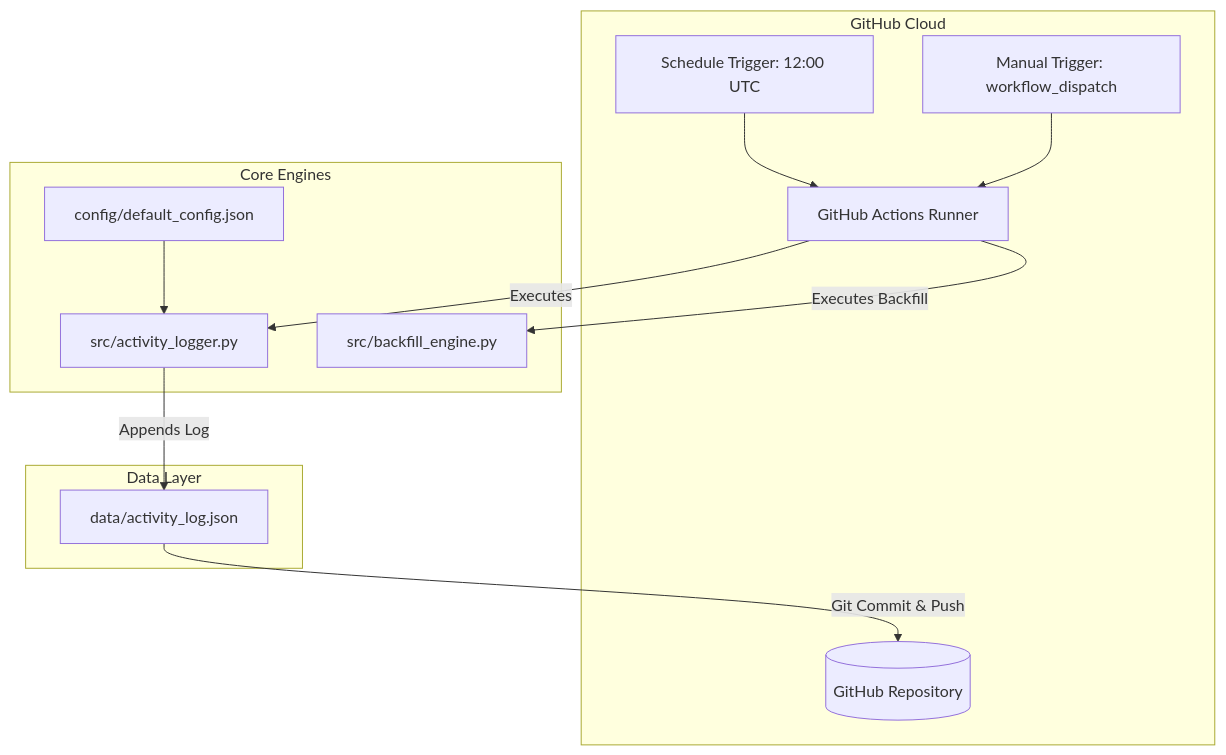
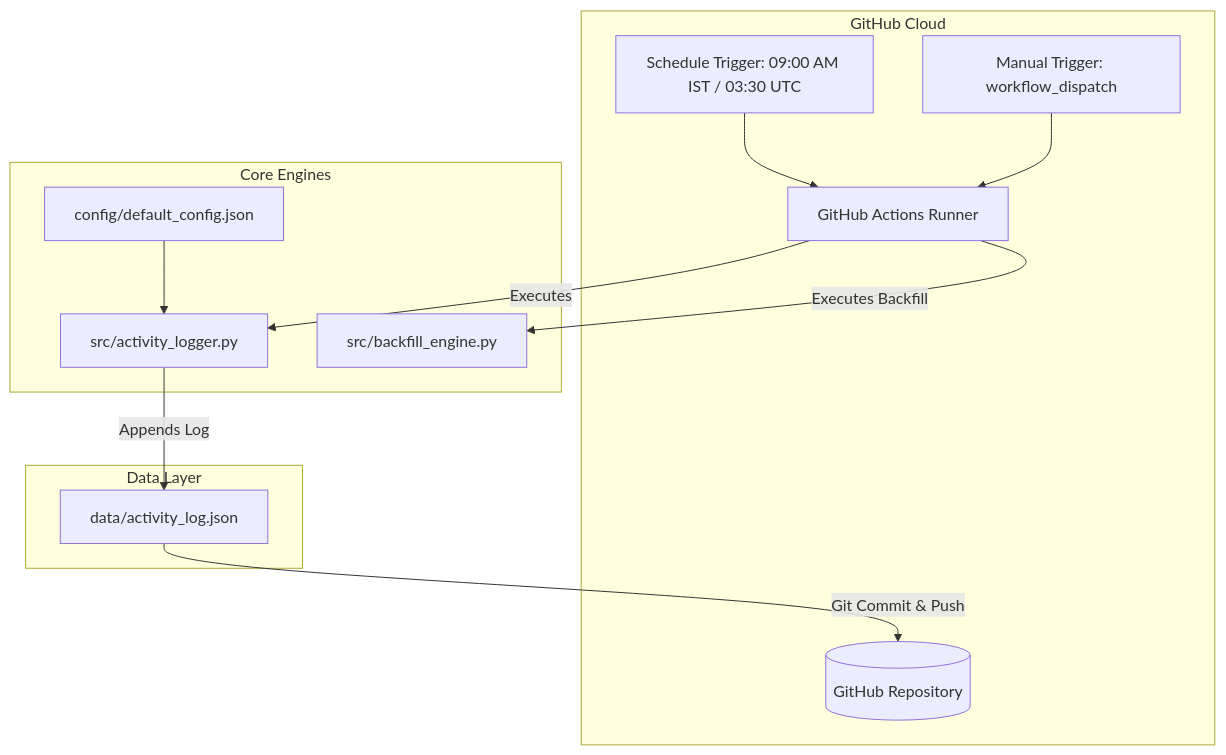
One commit to armnJs/automation changed the diagram in docs/ARCHITECTURE.md. Above: the diagram before and after it, drawn with Mermaid. The commit also changed other lines of this file and 6 other files, not shown here.

Commit message:
feat(timezone): update daily schedules and python engines to Mumbai Time (IST, UTC+5:30)

````diff
--- a/docs/ARCHITECTURE.md
+++ b/docs/ARCHITECTURE.md
@@ -9,29 +9,29 @@
 ```mermaid
 flowchart TD
     subgraph GitHub Cloud
         GHA[GitHub Actions Runner]
-        CRON[Schedule Trigger: 12:00 UTC]
+        CRON[Schedule Trigger: 09:00 AM IST / 03:30 UTC]
         MANUAL[Manual Trigger: workflow_dispatch]
         REPO[(GitHub Repository)]
     end
 
     subgraph Core Engines
         LOG[src/activity_logger.py]
         BACKFILL[src/backfill_engine.py]
         CFG[config/default_config.json]
     end
 
     subgraph Data Layer
         DATA[data/activity_log.json]
     end
 
     CRON --> GHA
     MANUAL --> GHA
 
     GHA -->|Executes| LOG
     GHA -->|Executes Backfill| BACKFILL
 
     CFG --> LOG
     LOG -->|Appends Log| DATA
     DATA -->|Git Commit & Push| REPO
 ```
````
